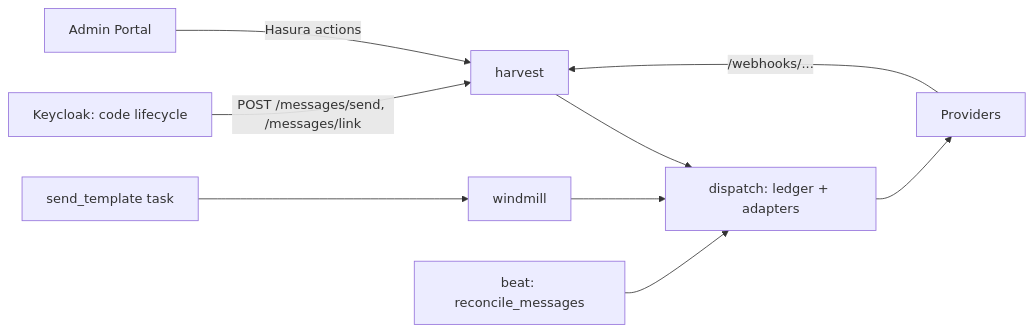
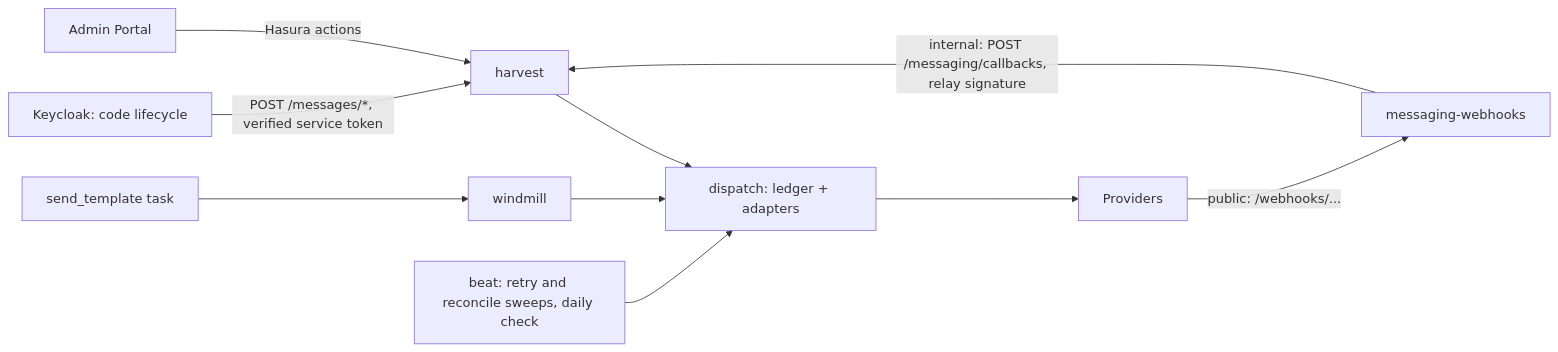
Before and after one commit to sequentech/step: the diagram in docs/docusaurus/docs/07-developers/14-messaging/01-messaging-architecture.md, drawn with Mermaid. The commit also changed other lines of this file and 272 other files, not shown here.

````diff
--- a/docs/docusaurus/docs/07-developers/14-messaging/01-messaging-architecture.md
+++ b/docs/docusaurus/docs/07-developers/14-messaging/01-messaging-architecture.md
@@ -17,11 +19,12 @@
 ```mermaid
 flowchart LR
-  K[Keycloak: code lifecycle] -->|POST /messages/send, /messages/link| H[harvest]
+  K[Keycloak: code lifecycle] -->|POST /messages/*, verified service token| H[harvest]
   A[Admin Portal] -->|Hasura actions| H
   S[send_template task] --> W[windmill]
   H --> D[dispatch: ledger + adapters]
   W --> D
   D --> P[Providers]
-  P -->|/webhooks/...| H
-  B[beat: reconcile_messages] --> D
+  P -->|public: /webhooks/...| C[messaging-webhooks]
+  C -->|internal: POST /messaging/callbacks, relay signature| H
+  B[beat: retry and reconcile sweeps, daily check] --> D
 ```
````
